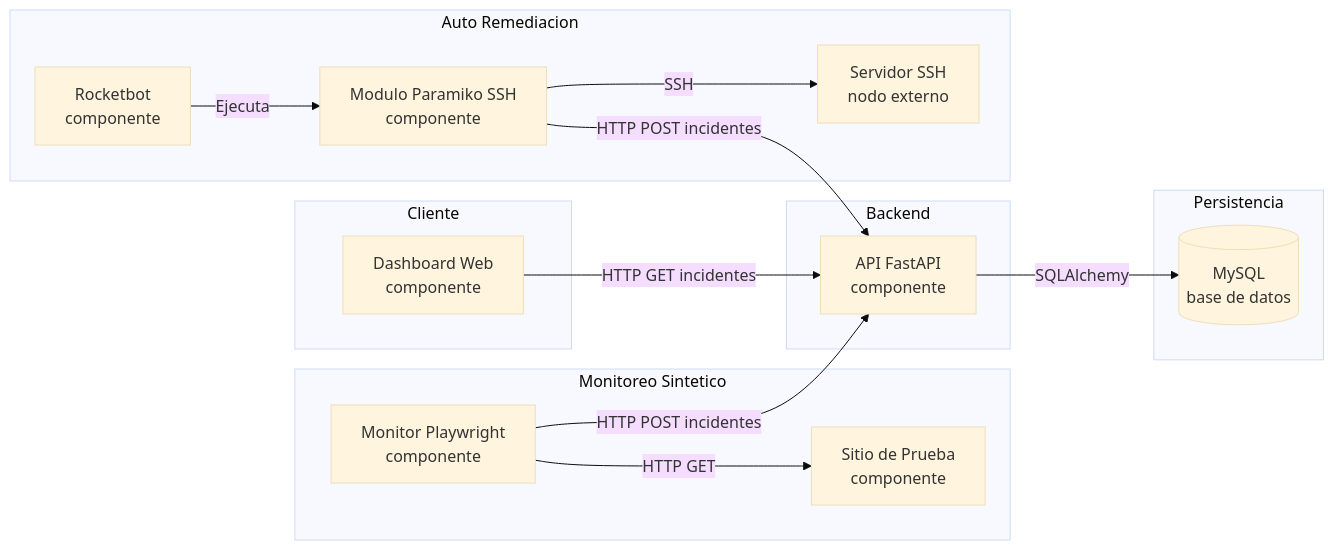
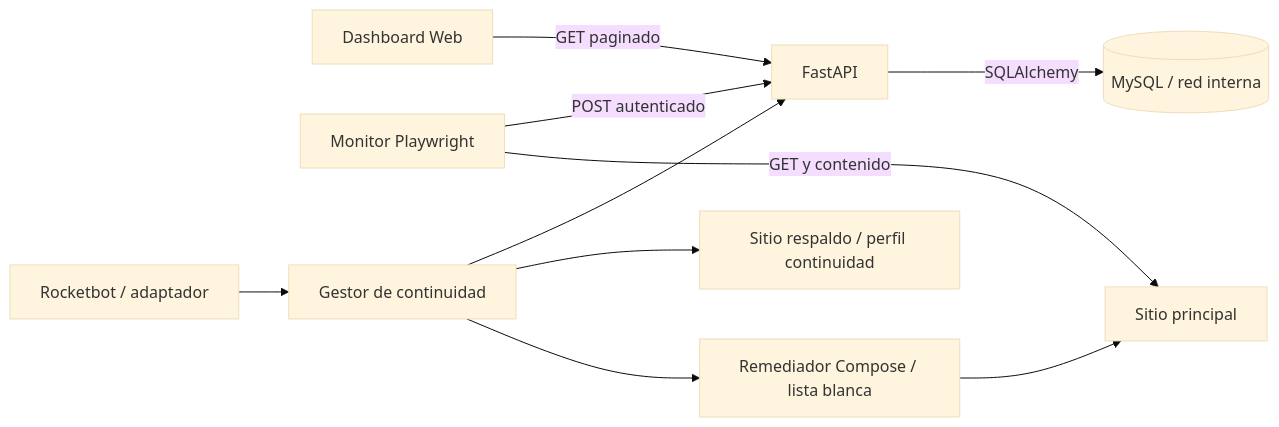
The diagram in docs/componentes.mmd (SmokeNet/ProyectoTesisUDLA), drawn with Mermaid (base theme) before and after one commit. The commit also changed 35 other files, not shown here.

```diff
--- a/docs/componentes.mmd
+++ b/docs/componentes.mmd
@@ -1,31 +1,10 @@
 flowchart LR
-    subgraph Cliente["Cliente"]
-        Dashboard["Dashboard Web\ncomponente"]
-    end
-
-    subgraph Monitoreo["Monitoreo Sintetico"]
-        Playwright["Monitor Playwright\ncomponente"]
-        Sitio["Sitio de Prueba\ncomponente"]
-    end
-
-    subgraph Backend["Backend"]
-        API["API FastAPI\ncomponente"]
-    end
-
-    subgraph Datos["Persistencia"]
-        MySQL[("MySQL\nbase de datos")]
-    end
-
-    subgraph Remediacion["Auto Remediacion"]
-        Rocketbot["Rocketbot\ncomponente"]
-        Paramiko["Modulo Paramiko SSH\ncomponente"]
-        ServidorSSH["Servidor SSH\nnodo externo"]
-    end
-
-    Playwright -->|HTTP GET| Sitio
-    Playwright -->|HTTP POST incidentes| API
-    Dashboard -->|HTTP GET incidentes| API
-    API -->|SQLAlchemy| MySQL
-    Rocketbot -->|Ejecuta| Paramiko
-    Paramiko -->|SSH| ServidorSSH
-    Paramiko -->|HTTP POST incidentes| API
+    Dashboard["Dashboard Web"] -->|GET paginado| API["FastAPI"]
+    Monitor["Monitor Playwright"] -->|GET y contenido| Sitio["Sitio principal"]
+    Monitor -->|POST autenticado| API
+    API -->|SQLAlchemy| MySQL[("MySQL / red interna")]
+    Rocketbot["Rocketbot / adaptador"] --> Continuidad["Gestor de continuidad"]
+    Continuidad --> Remediador["Remediador Compose / lista blanca"]
+    Remediador --> Sitio
+    Continuidad --> Respaldo["Sitio respaldo / perfil continuidad"]
+    Continuidad --> API
```
